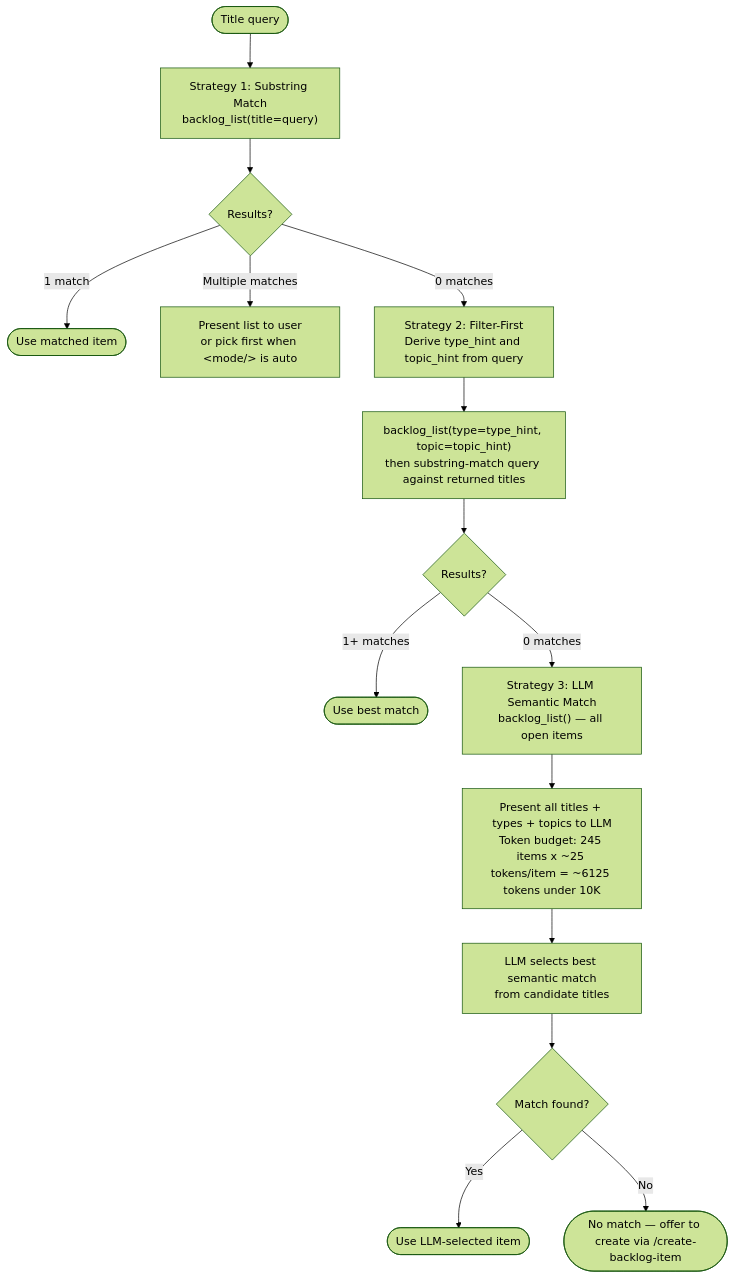
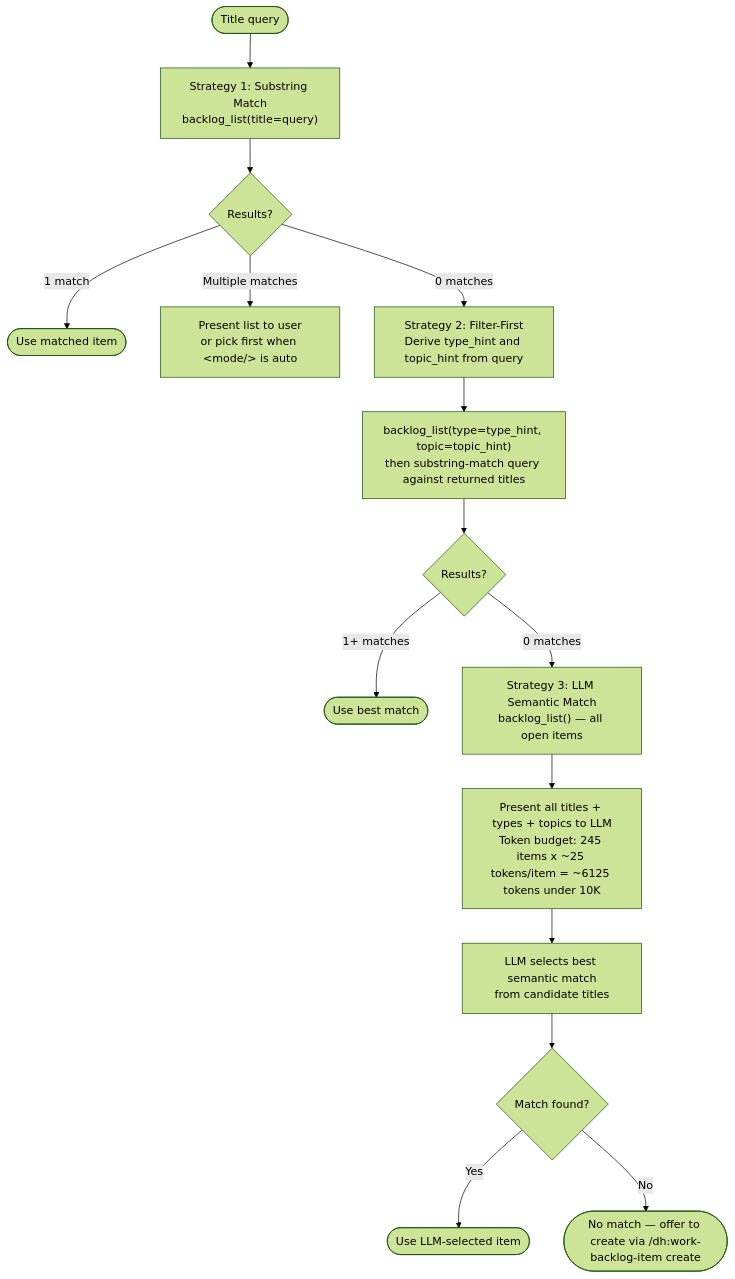
The diagram in plugins/development-harness/skills/work-backlog-item/references/workflows/work/find-item.md (chgreer1070/claude_skills), drawn with Mermaid (forest theme) before and after one commit. The commit also changed other lines of this file and 34 other files, not shown here.

````diff
--- a/plugins/development-harness/skills/work-backlog-item/references/workflows/work/find-item.md
+++ b/plugins/development-harness/skills/work-backlog-item/references/workflows/work/find-item.md
@@ -9,20 +9,20 @@
 ```mermaid
 flowchart TD
     Start([Title query]) --> S1
 
     S1["Strategy 1: Substring Match<br>backlog_list(title=query)"] --> R1{Results?}
     R1 -->|1 match| Done([Use matched item])
     R1 -->|Multiple matches| Pick[Present list to user<br>or pick first when &lt;mode/&gt; is auto]
     R1 -->|0 matches| S2
 
     S2["Strategy 2: Filter-First<br>Derive type_hint and topic_hint from query"] --> Call2["backlog_list(type=type_hint, topic=topic_hint)<br>then substring-match query against returned titles"]
     Call2 --> R2{Results?}
     R2 -->|1+ matches| Done2([Use best match])
     R2 -->|0 matches| S3
 
     S3["Strategy 3: LLM Semantic Match<br>backlog_list() — all open items"] --> Batch["Present all titles + types + topics to LLM<br>Token budget: 245 items x ~25 tokens/item = ~6125 tokens under 10K"]
     Batch --> LLM["LLM selects best semantic match<br>from candidate titles"]
     LLM --> R3{Match found?}
     R3 -->|Yes| Done3([Use LLM-selected item])
-    R3 -->|No| NoMatch([No match — offer to create via /create-backlog-item])
+    R3 -->|No| NoMatch([No match — offer to create via /dh:work-backlog-item create])
 ```
````
